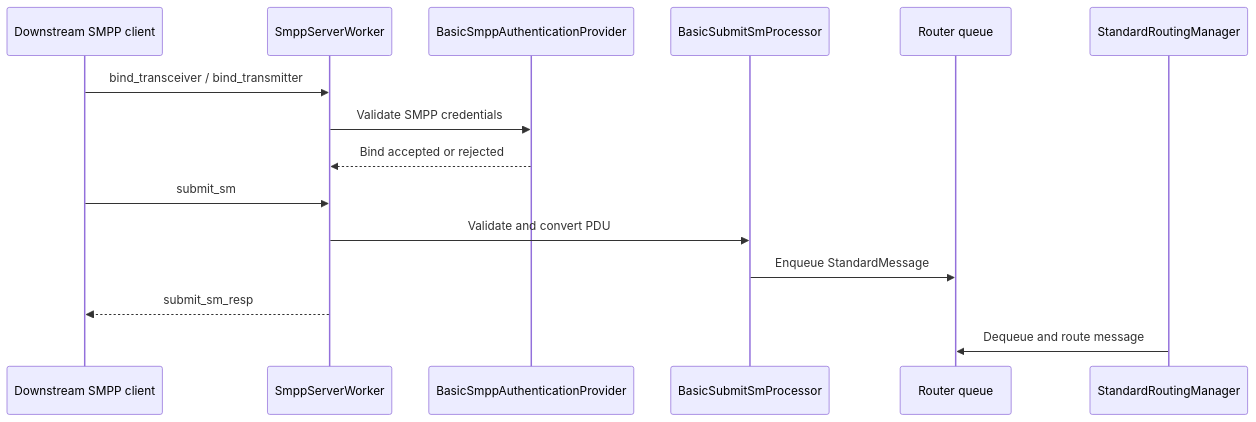
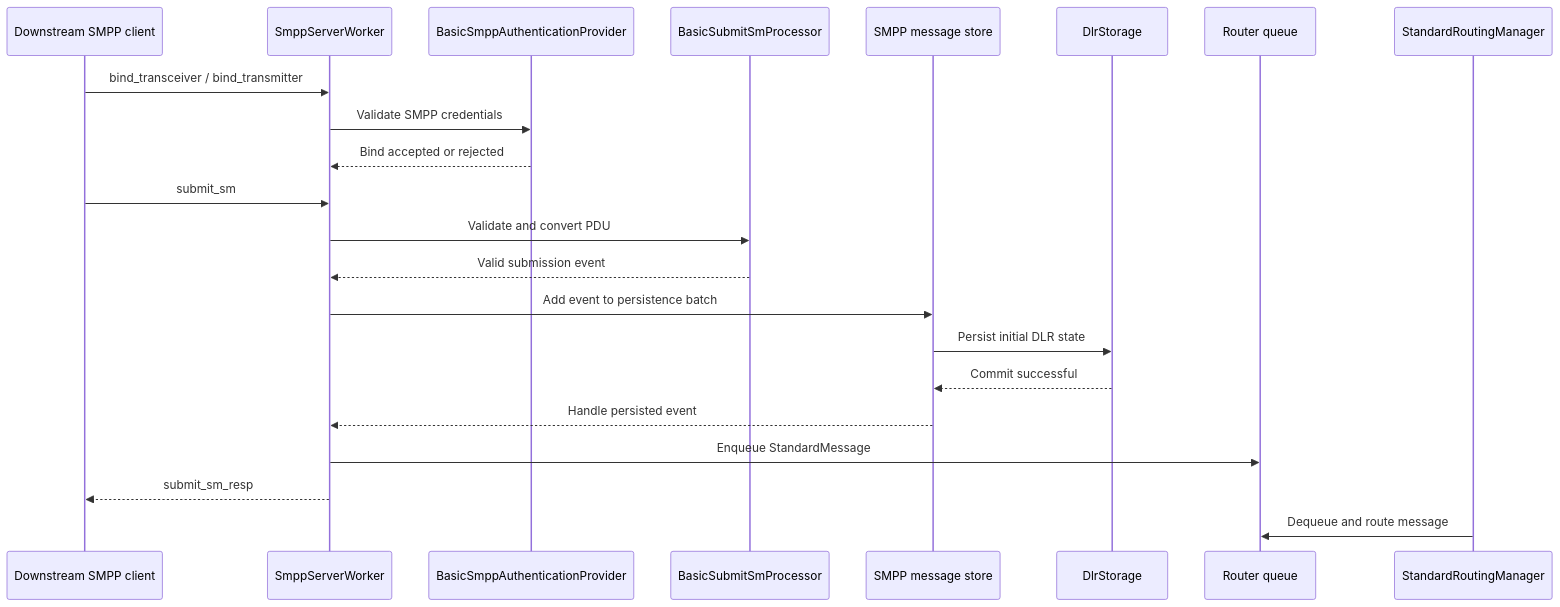
Before and after one commit to cytechmobile/sendium: the fourth of 6 diagrams in docs/01-architecture.md, drawn with Mermaid. The commit also changed other lines of this file and 6 other files, not shown here.

````diff
--- a/docs/01-architecture.md
+++ b/docs/01-architecture.md
@@ -113,18 +113,25 @@
 ```mermaid
 sequenceDiagram
     participant Client as Downstream SMPP client
     participant Server as SmppServerWorker
     participant Auth as BasicSmppAuthenticationProvider
     participant Submit as BasicSubmitSmProcessor
+    participant Store as SMPP message store
+    participant DLR as DlrStorage
     participant Queue as Router queue
     participant Router as StandardRoutingManager
 
     Client->>Server: bind_transceiver / bind_transmitter
     Server->>Auth: Validate SMPP credentials
     Auth-->>Server: Bind accepted or rejected
     Client->>Server: submit_sm
     Server->>Submit: Validate and convert PDU
-    Submit->>Queue: Enqueue StandardMessage
+    Submit-->>Server: Valid submission event
+    Server->>Store: Add event to persistence batch
+    Store->>DLR: Persist initial DLR state
+    DLR-->>Store: Commit successful
+    Store-->>Server: Handle persisted event
+    Server->>Queue: Enqueue StandardMessage
     Server-->>Client: submit_sm_resp
     Router->>Queue: Dequeue and route message
 ```
````
